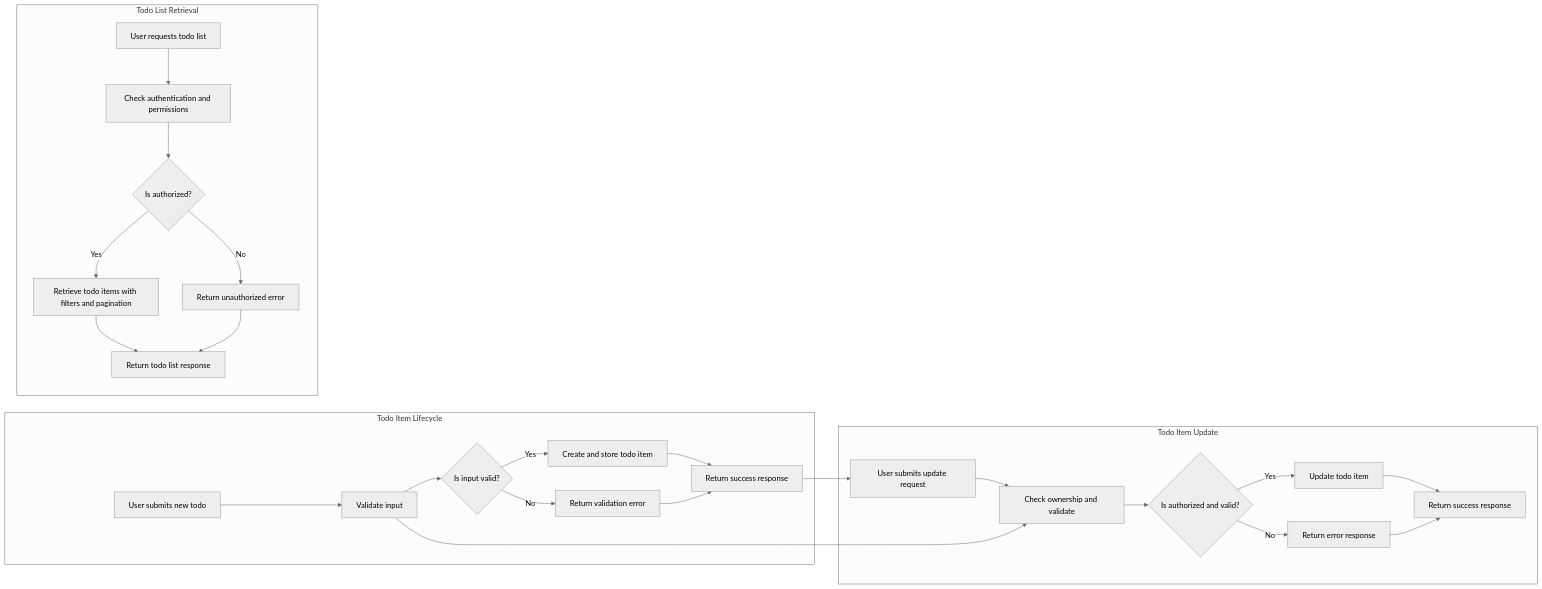
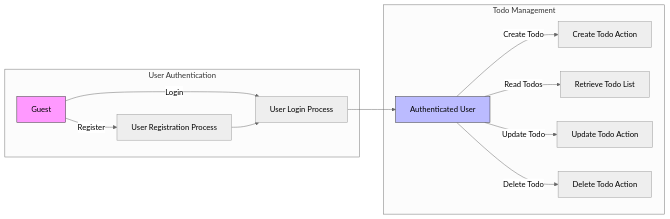
The diagram in openai/gpt-4.1-mini/todo/docs/analysis/03-functional-requirements.md (wrtnlabs/autobe-examples), drawn with Mermaid (neutral theme) before and after one commit. The commit also changed other lines of this file and 615 other files, not shown here.

````diff
--- a/openai/gpt-4.1-mini/todo/docs/analysis/03-functional-requirements.md
+++ b/openai/gpt-4.1-mini/todo/docs/analysis/03-functional-requirements.md
@@ -63,32 +139,20 @@
 ```mermaid
 graph LR
-  subgraph "Todo Item Lifecycle"
-    A["User submits new todo"] --> B["Validate input"]
-    B --> C{"Is input valid?"}
-    C -->|"Yes"| D["Create and store todo item"]
-    C -->|"No"| E["Return validation error"]
-    D --> F["Return success response"]
-    E --> F
+  subgraph "User Authentication"
+    A["Guest"] -->|"Register"| B["User Registration Process"]
+    A -->|"Login"| C["User Login Process"]
   end
 
-  subgraph "Todo Item Update"
-    G["User submits update request"] --> H["Check ownership and validate"]
-    H --> I{"Is authorized and valid?"}
-    I -->|"Yes"| J["Update todo item"]
-    I -->|"No"| K["Return error response"]
-    J --> L["Return success response"]
-    K --> L
+  subgraph "Todo Management"
+    U["Authenticated User"] -->|"Create Todo"| D["Create Todo Action"]
+    U -->|"Read Todos"| E["Retrieve Todo List"]
+    U -->|"Update Todo"| F["Update Todo Action"]
+    U -->|"Delete Todo"| G["Delete Todo Action"]
   end
 
-  subgraph "Todo List Retrieval"
-    M["User requests todo list"] --> N["Check authentication and permissions"]
-    N --> O{"Is authorized?"}
-    O -->|"Yes"| P["Retrieve todo items with filters and pagination"]
-    O -->|"No"| Q["Return unauthorized error"]
-    P --> R["Return todo list response"]
-    Q --> R
-  end
+  B --> C
+  C --> U
 
-  B --> H
-  F --> G
+  style A fill:#f9f,stroke:#333,stroke-width:1px
+  style U fill:#bbf,stroke:#333,stroke-width:1px
 ```
````
